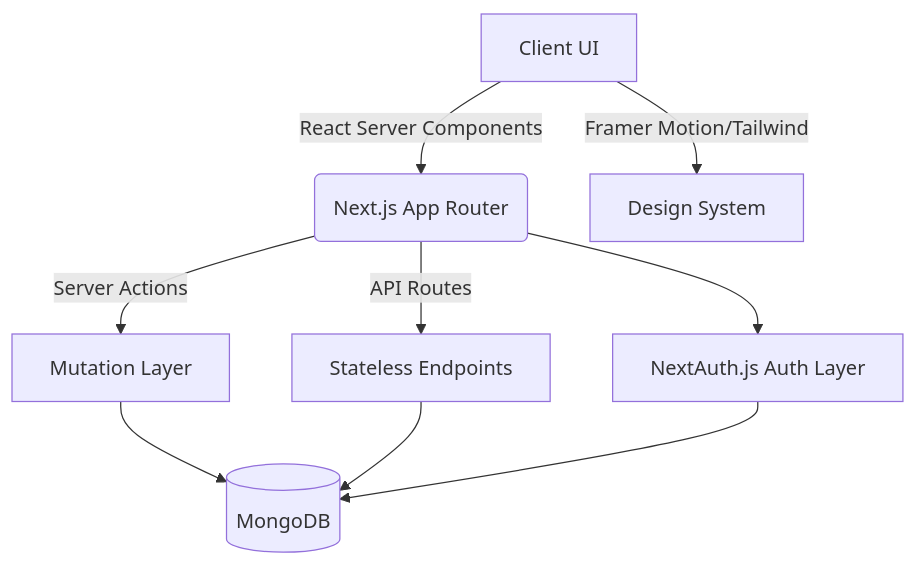
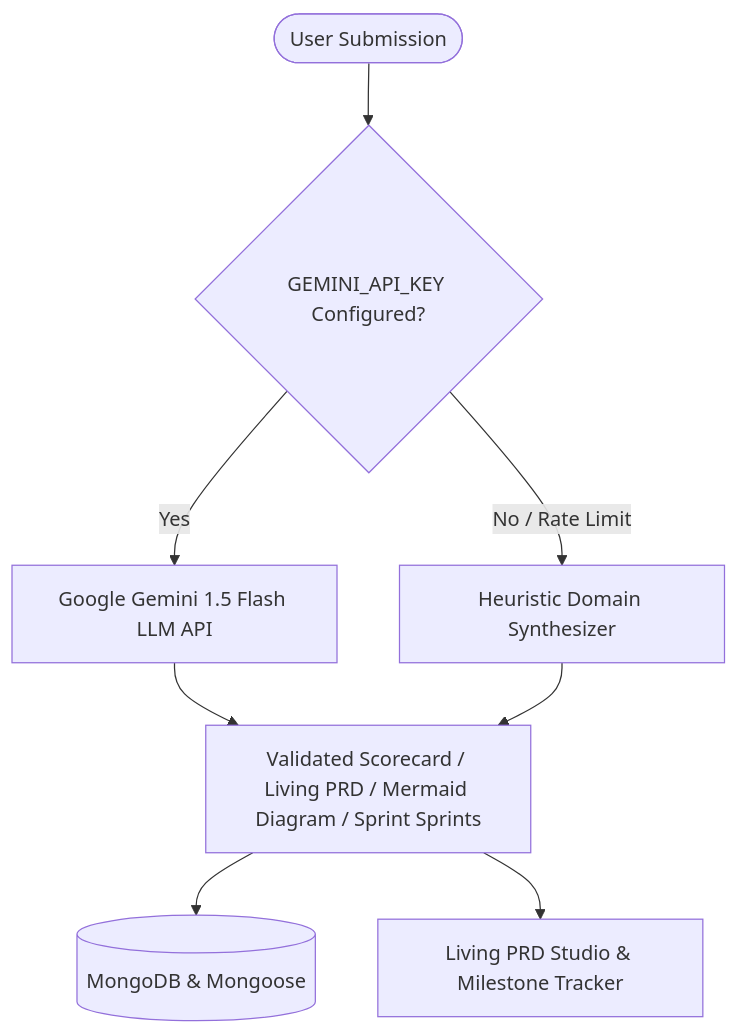
One commit to yokshith09/COLLAB-SPACE changed the diagram in README.md. Above: the diagram before and after it, drawn with Mermaid. The commit also changed other lines of this file and 5 other files, not shown here.

````diff
--- a/README.md
+++ b/README.md
@@ -84,11 +79,10 @@
 ```mermaid
 graph TD
-    A[Client UI] -->|React Server Components| B(Next.js App Router)
-    A -->|Framer Motion/Tailwind| C[Design System]
-    B -->|Server Actions| D[Mutation Layer]
-    B -->|API Routes| E[Stateless Endpoints]
-    D --> F[(MongoDB)]
-    E --> F
-    B --> G[NextAuth.js Auth Layer]
-    G --> F
+    User([User Submission]) --> Router{GEMINI_API_KEY Configured?}
+    Router -->|Yes| Gemini[Google Gemini 1.5 Flash LLM API]
+    Router -->|No / Rate Limit| Fallback[Heuristic Domain Synthesizer]
+    Gemini --> Output[Validated Scorecard / Living PRD / Mermaid Diagram / Sprint Sprints]
+    Fallback --> Output
+    Output --> Database[(MongoDB & Mongoose)]
+    Output --> UI[Living PRD Studio & Milestone Tracker]
 ```
````
